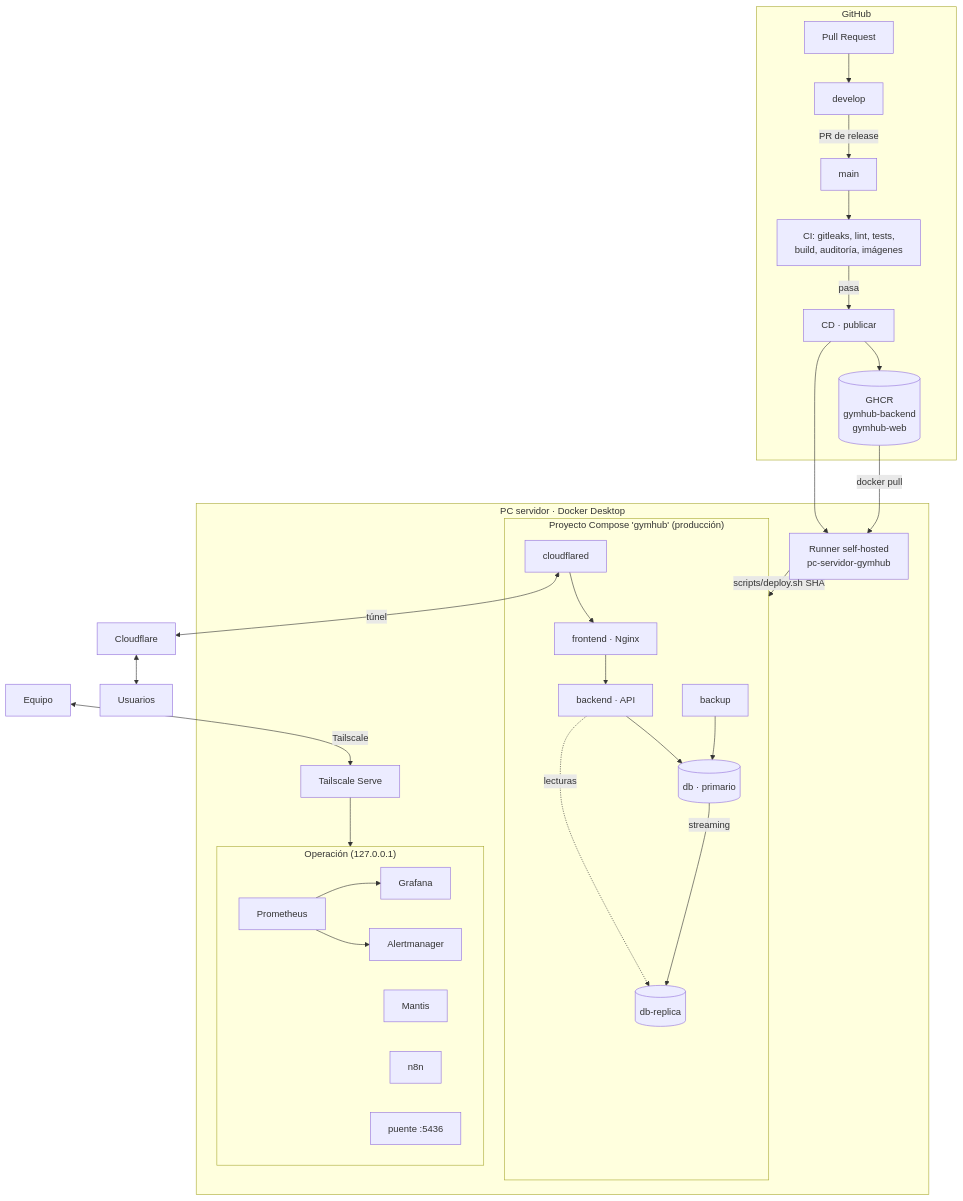
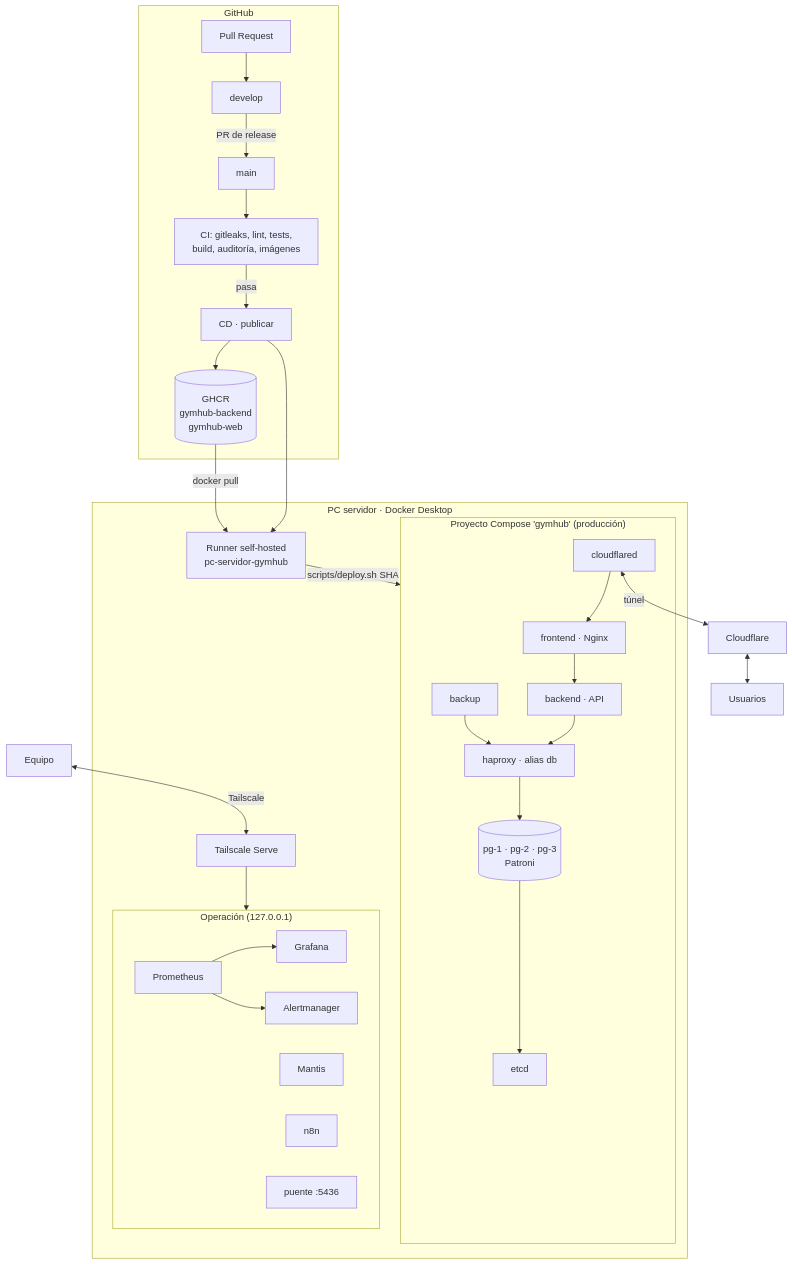
Before and after one commit to valentiniriar/proyecto_demo_hia: the first of 2 diagrams in PRODUCCION.md, drawn with Mermaid. The commit also changed other lines of this file and 33 other files, not shown here.

````diff
--- a/PRODUCCION.md
+++ b/PRODUCCION.md
@@ -78,35 +78,35 @@
 ```mermaid
 flowchart TB
     subgraph gh["GitHub"]
         PR[Pull Request] --> DEV[develop]
         DEV -->|PR de release| MAIN[main]
         MAIN --> CI[CI: gitleaks, lint, tests,<br/>build, auditoría, imágenes]
         CI -->|pasa| CDP[CD · publicar]
         CDP --> GHCR[(GHCR<br/>gymhub-backend<br/>gymhub-web)]
     end
 
     subgraph srv["PC servidor · Docker Desktop"]
         RUN[Runner self-hosted<br/>pc-servidor-gymhub] -->|scripts/deploy.sh SHA| APP
         subgraph APP["Proyecto Compose 'gymhub' (producción)"]
             FE[frontend · Nginx] --> BE[backend · API]
-            BE --> DB[(db · primario)]
-            BE -.lecturas.-> RE[(db-replica)]
-            DB -->|streaming| RE
+            BE --> DB[haproxy · alias db]
+            DB --> PG[(pg-1 · pg-2 · pg-3<br/>Patroni)]
+            PG --> ETCD[etcd]
             BK[backup] --> DB
             CFD[cloudflared] --> FE
         end
         subgraph OPS["Operación (127.0.0.1)"]
             PROM[Prometheus] --> GRAF[Grafana]
             PROM --> AM[Alertmanager]
             MAN[Mantis]
             N8N[n8n]
             PUE[puente :5436]
         end
         TS[Tailscale Serve] --> OPS
     end
 
     CDP --> RUN
     GHCR -->|docker pull| RUN
     CFD <-->|túnel| CF[Cloudflare] <--> U[Usuarios]
     TEAM[Equipo] <-->|Tailscale| TS
 ```
````
